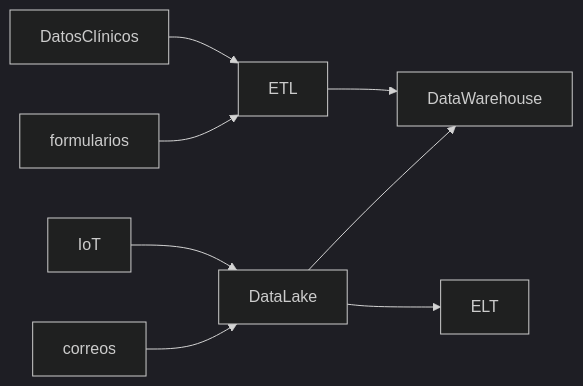
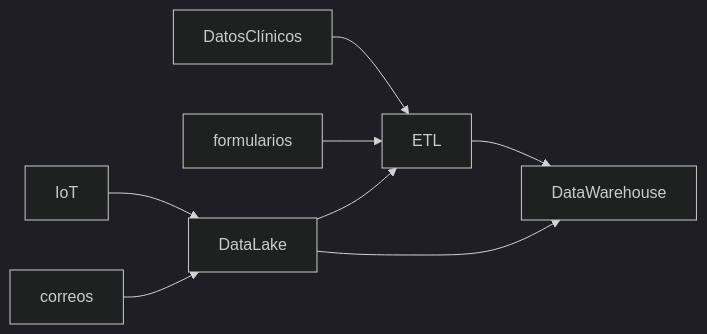
One commit to git-jrm/ing-datos-M5 changed the first of 5 diagrams in README.md. Above: the diagram before and after it, drawn with Mermaid (dark theme).

````diff
--- a/README.md
+++ b/README.md
@@ -43,10 +43,10 @@
 ```mermaid
 graph LR;
   DatosClínicos-->ETL;
   formularios-->ETL;
   IoT-->DataLake;
   correos-->DataLake;
-  DataLake-->ELT;
+  DataLake-->ETL;
   ETL-->DataWarehouse;
   DataLake-->DataWarehouse;
 ```
````
